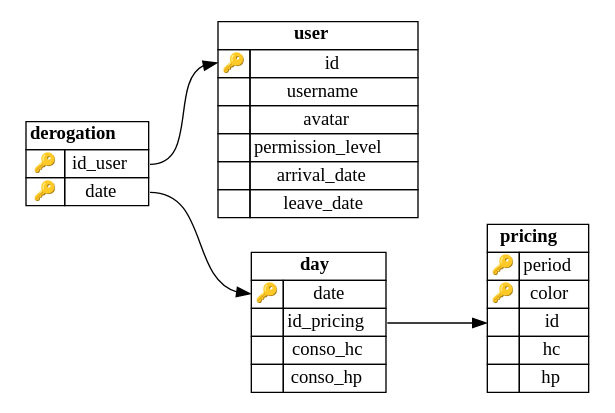
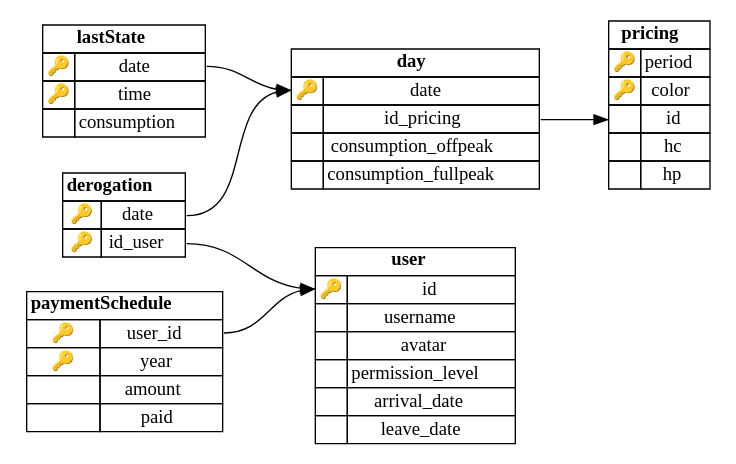
The diagram in schema.dot (Mijux/tempo-server-management), drawn with Graphviz before and after one commit. The commit also changed 14 other files, not shown here.

```diff
--- a/schema.dot
+++ b/schema.dot
@@ -26,14 +26,14 @@
             
 
                 <TR>
-                    <TD PORT="conso_hc_to">&nbsp;</TD>
-                    <TD PORT="conso_hc_from">conso_hc</TD>
+                    <TD PORT="consumption_offpeak_to">&nbsp;</TD>
+                    <TD PORT="consumption_offpeak_from">consumption_offpeak</TD>
                 </TR>
             
 
                 <TR>
-                    <TD PORT="conso_hp_to">&nbsp;</TD>
-                    <TD PORT="conso_hp_from">conso_hp</TD>
+                    <TD PORT="consumption_fullpeak_to">&nbsp;</TD>
+                    <TD PORT="consumption_fullpeak_from">consumption_fullpeak</TD>
                 </TR>
             
             </TABLE>
@@ -46,14 +46,72 @@
                 </TR>
             
                 <TR>
+                    <TD PORT="date_to">🔑</TD>
+                    <TD PORT="date_from">date</TD>
+                </TR>
+            
+
+                <TR>
                     <TD PORT="id_user_to">🔑</TD>
                     <TD PORT="id_user_from">id_user</TD>
                 </TR>
             
-
+            </TABLE>
+        >];
+        
+lastState [label=<
+            <TABLE BORDER="0" CELLSPACING="0" CELLBORDER="1">
+                <TR>
+                    <TD COLSPAN="2"><B>lastState</B></TD>
+                </TR>
+            
                 <TR>
                     <TD PORT="date_to">🔑</TD>
                     <TD PORT="date_from">date</TD>
+                </TR>
+            
+
+                <TR>
+                    <TD PORT="time_to">🔑</TD>
+                    <TD PORT="time_from">time</TD>
+                </TR>
+            
+
+                <TR>
+                    <TD PORT="consumption_to">&nbsp;</TD>
+                    <TD PORT="consumption_from">consumption</TD>
+                </TR>
+            
+            </TABLE>
+        >];
+        
+paymentSchedule [label=<
+            <TABLE BORDER="0" CELLSPACING="0" CELLBORDER="1">
+                <TR>
+                    <TD COLSPAN="2"><B>paymentSchedule</B></TD>
+                </TR>
+            
+                <TR>
+                    <TD PORT="user_id_to">🔑</TD>
+                    <TD PORT="user_id_from">user_id</TD>
+                </TR>
+            
+
+                <TR>
+                    <TD PORT="year_to">🔑</TD>
+                    <TD PORT="year_from">year</TD>
+                </TR>
+            
+
+                <TR>
+                    <TD PORT="amount_to">&nbsp;</TD>
+                    <TD PORT="amount_from">amount</TD>
+                </TR>
+            
+
+                <TR>
+                    <TD PORT="paid_to">&nbsp;</TD>
+                    <TD PORT="paid_from">paid</TD>
                 </TR>
             
             </TABLE>
@@ -141,8 +199,10 @@
             </TABLE>
         >];
         
+lastState:date_from:e -> day:date_to:w
+derogation:id_user_from:e -> user:id_to:w
 derogation:date_from:e -> day:date_to:w
-derogation:id_user_from:e -> user:id_to:w
+paymentSchedule:user_id_from:e -> user:id_to:w
 day:id_pricing_from:e -> pricing:id_to:w
 
 }
```
